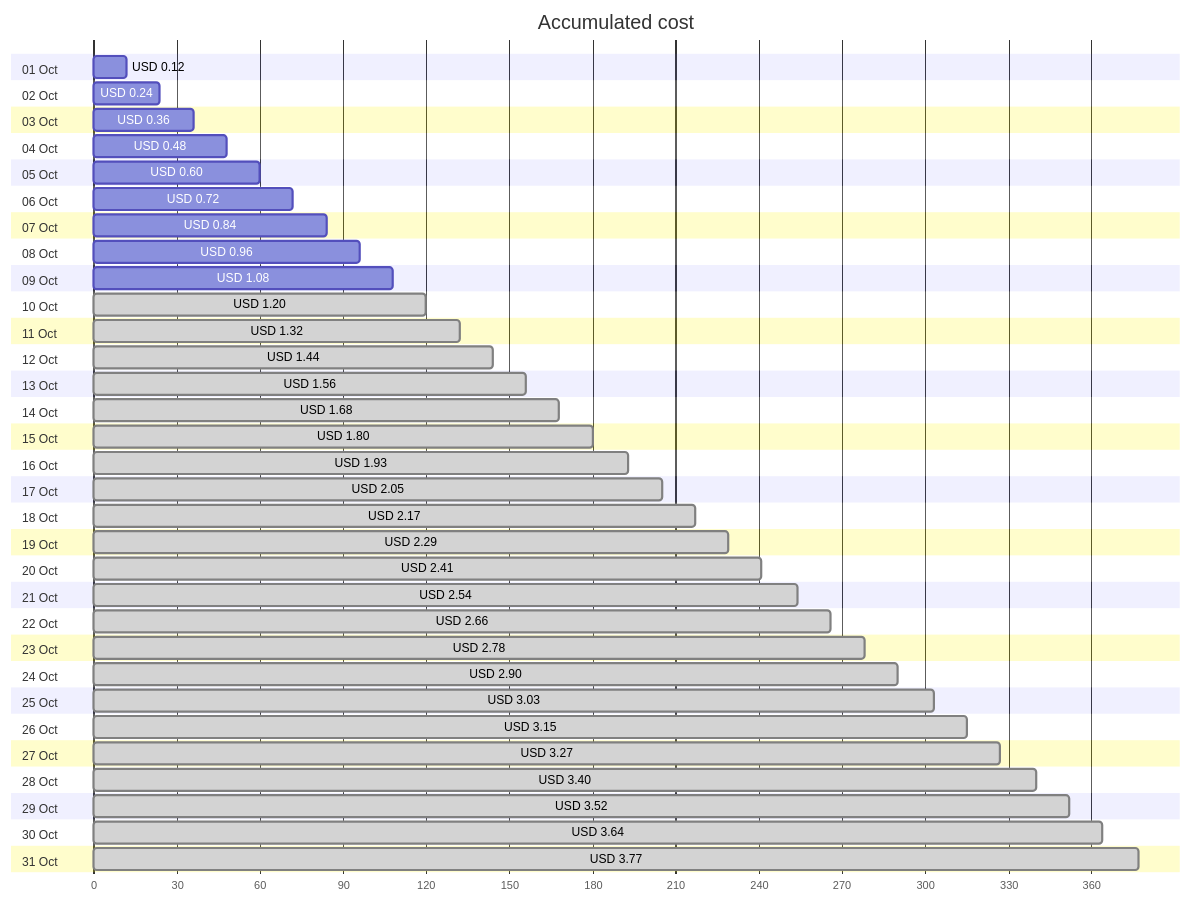
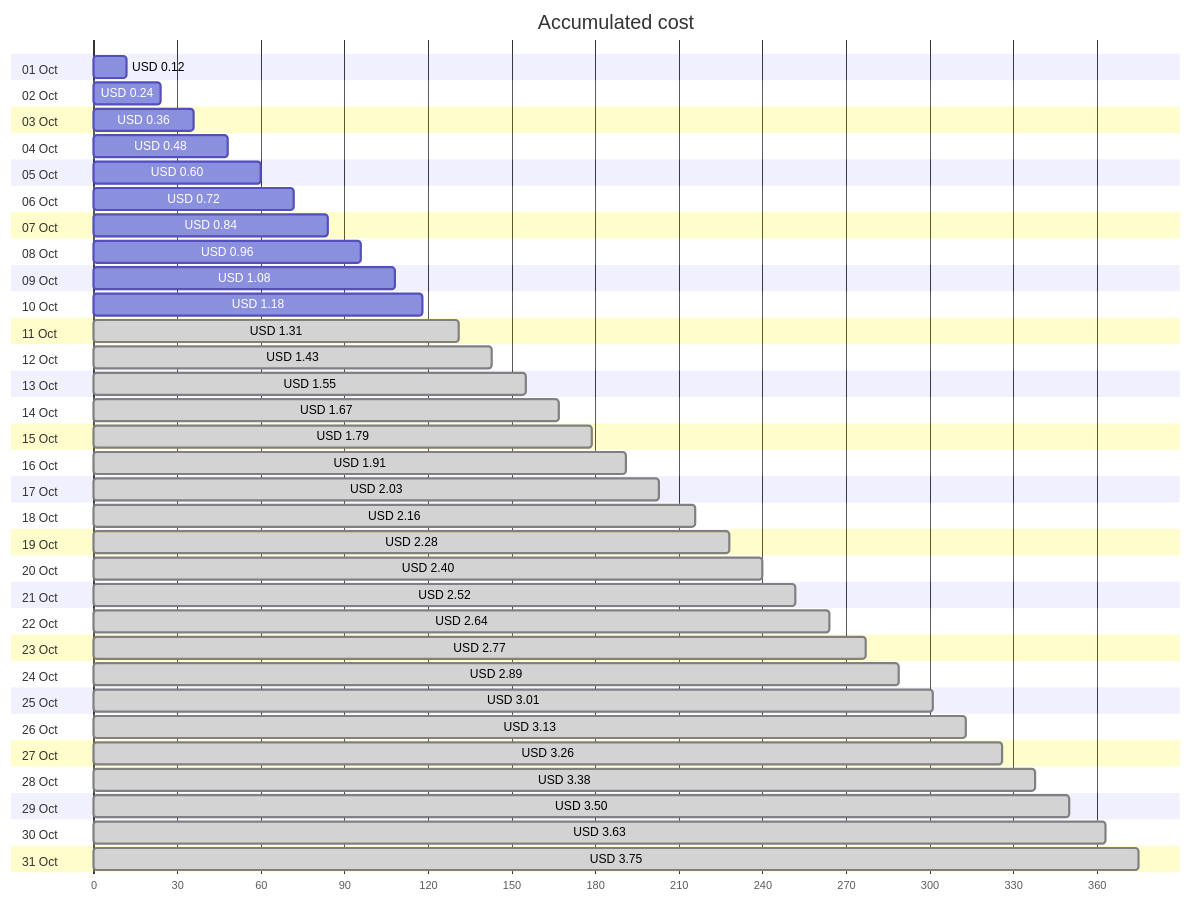
Before and after one commit to jpfulton/azure-personal-reports: the first of 4 diagrams in cost-reports/personal-network/backup-server-public-ip.md, drawn with Mermaid. The commit also changed other lines of this file and 8 other files, not shown here.

````diff
--- a/cost-reports/personal-network/backup-server-public-ip.md
+++ b/cost-reports/personal-network/backup-server-public-ip.md
@@ -20,68 +20,68 @@
 ```mermaid
 gantt
    title Accumulated cost
    dateFormat  X
    axisFormat %s
    section 01 Oct
    USD 0.12 :0, 12
    section 02 Oct
    USD 0.24 :0, 24
    section 03 Oct
    USD 0.36 :0, 36
    section 04 Oct
    USD 0.48 :0, 48
    section 05 Oct
    USD 0.60 :0, 60
    section 06 Oct
    USD 0.72 :0, 72
    section 07 Oct
    USD 0.84 :0, 84
    section 08 Oct
    USD 0.96 :0, 96
    section 09 Oct
    USD 1.08 :0, 108
    section 10 Oct
-   USD 1.20 : done, 0, 120
+   USD 1.18 :0, 118
    section 11 Oct
-   USD 1.32 : done, 0, 132
+   USD 1.31 : done, 0, 131
    section 12 Oct
-   USD 1.44 : done, 0, 144
+   USD 1.43 : done, 0, 143
    section 13 Oct
-   USD 1.56 : done, 0, 156
+   USD 1.55 : done, 0, 155
    section 14 Oct
-   USD 1.68 : done, 0, 168
+   USD 1.67 : done, 0, 167
    section 15 Oct
-   USD 1.80 : done, 0, 180
+   USD 1.79 : done, 0, 179
    section 16 Oct
-   USD 1.93 : done, 0, 193
+   USD 1.91 : done, 0, 191
    section 17 Oct
-   USD 2.05 : done, 0, 205
+   USD 2.03 : done, 0, 203
    section 18 Oct
-   USD 2.17 : done, 0, 217
+   USD 2.16 : done, 0, 216
    section 19 Oct
-   USD 2.29 : done, 0, 229
+   USD 2.28 : done, 0, 228
    section 20 Oct
-   USD 2.41 : done, 0, 241
+   USD 2.40 : done, 0, 240
    section 21 Oct
-   USD 2.54 : done, 0, 254
+   USD 2.52 : done, 0, 252
    section 22 Oct
-   USD 2.66 : done, 0, 266
+   USD 2.64 : done, 0, 264
    section 23 Oct
-   USD 2.78 : done, 0, 278
+   USD 2.77 : done, 0, 277
    section 24 Oct
-   USD 2.90 : done, 0, 290
+   USD 2.89 : done, 0, 289
    section 25 Oct
-   USD 3.03 : done, 0, 303
+   USD 3.01 : done, 0, 301
    section 26 Oct
-   USD 3.15 : done, 0, 315
+   USD 3.13 : done, 0, 313
    section 27 Oct
-   USD 3.27 : done, 0, 327
+   USD 3.26 : done, 0, 326
    section 28 Oct
-   USD 3.40 : done, 0, 340
+   USD 3.38 : done, 0, 338
    section 29 Oct
-   USD 3.52 : done, 0, 352
+   USD 3.50 : done, 0, 350
    section 30 Oct
-   USD 3.64 : done, 0, 364
+   USD 3.63 : done, 0, 363
    section 31 Oct
-   USD 3.77 : done, 0, 377
+   USD 3.75 : done, 0, 375
 ```
````
